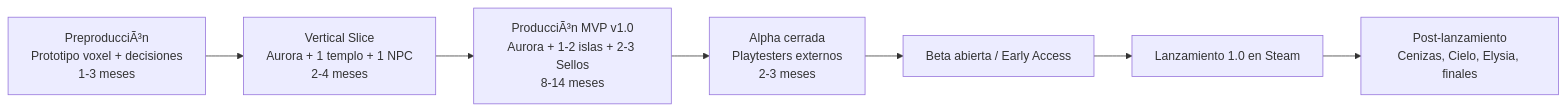
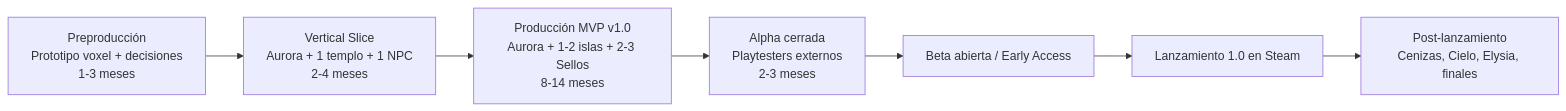
Before and after one commit to MauricioBelforte/juego-isla-ancestral: the diagram in DOCUMENTACION/01-Fundamentos-Del-Proyecto/plan-actual/03-Diseno.md, drawn with Mermaid. The commit also changed other lines of this file and 309 other files, not shown here.

````diff
--- a/DOCUMENTACION/01-Fundamentos-Del-Proyecto/plan-actual/03-Diseno.md
+++ b/DOCUMENTACION/01-Fundamentos-Del-Proyecto/plan-actual/03-Diseno.md
@@ -225,9 +225,9 @@
 ```mermaid
 flowchart LR
-    A["PreproducciÃ³n\nPrototipo voxel + decisiones\n1-3 meses"] --> B["Vertical Slice\nAurora + 1 templo + 1 NPC\n2-4 meses"]
-    B --> C["ProducciÃ³n MVP v1.0\nAurora + 1-2 islas + 2-3 Sellos\n8-14 meses"]
+    A["Preproducción\nPrototipo voxel + decisiones\n1-3 meses"] --> B["Vertical Slice\nAurora + 1 templo + 1 NPC\n2-4 meses"]
+    B --> C["Producción MVP v1.0\nAurora + 1-2 islas + 2-3 Sellos\n8-14 meses"]
     C --> D["Alpha cerrada\nPlaytesters externos\n2-3 meses"]
     D --> E["Beta abierta / Early Access"]
     E --> F["Lanzamiento 1.0 en Steam"]
     F --> G["Post-lanzamiento\nCenizas, Cielo, Elysia, finales"]
 ```
````
